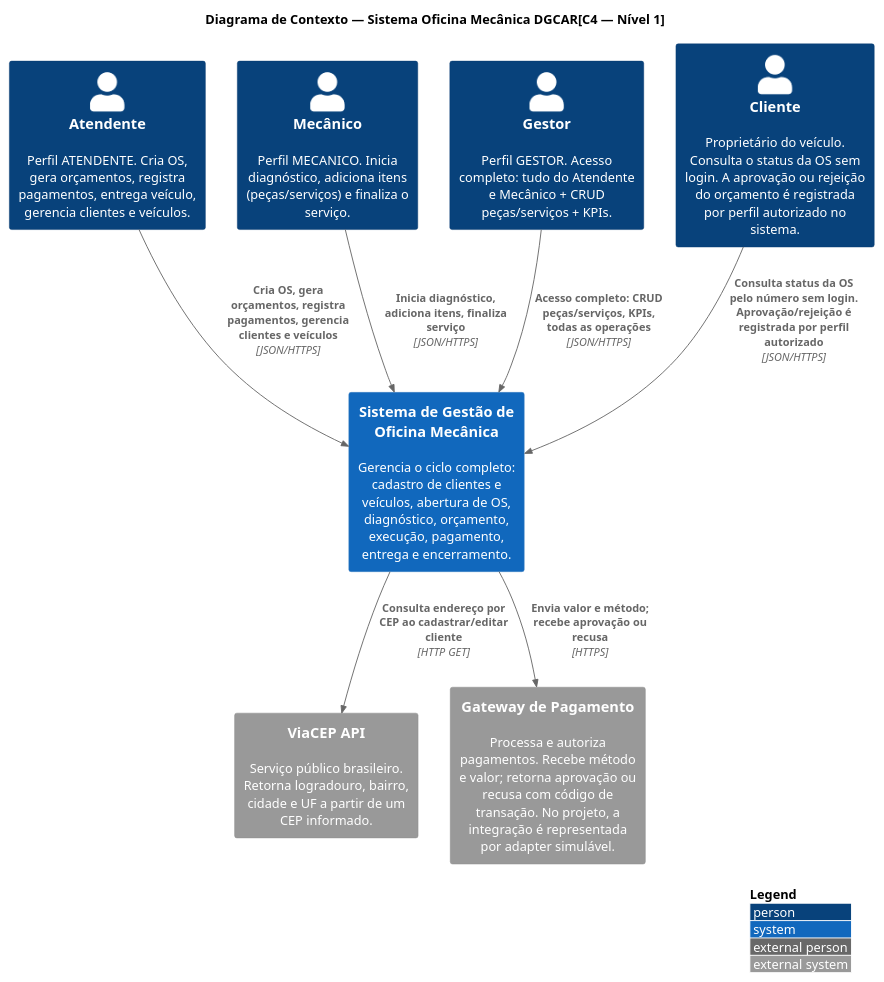
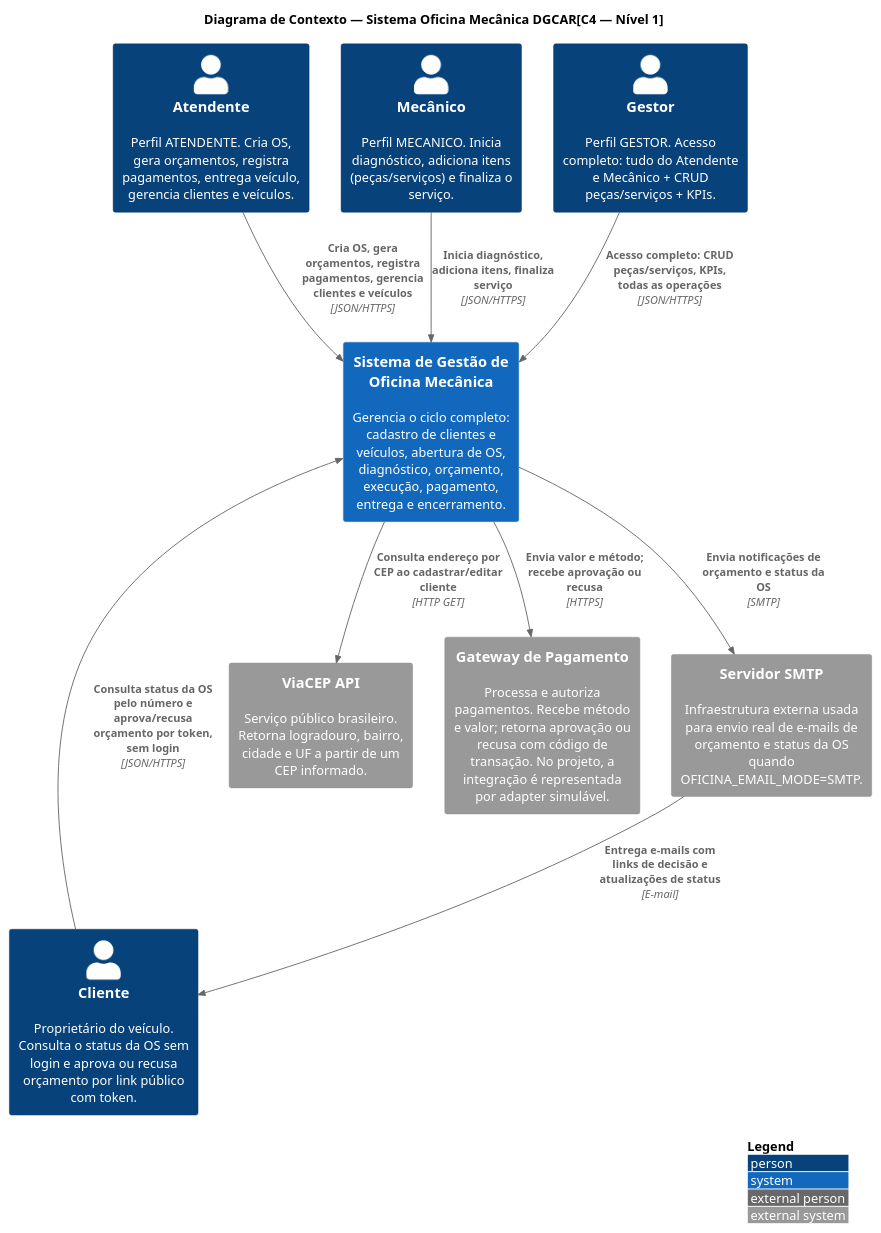
One commit to techdgconsulting/mvp-posfiap-oficina-mecanica changed the diagram in docs/diagramas/C4/1-diagram-context.puml. Above: the diagram before and after it, drawn with PlantUML. The commit also changed 35 other files, not shown here.

```diff
--- a/docs/diagramas/C4/1-diagram-context.puml
+++ b/docs/diagramas/C4/1-diagram-context.puml
@@ -1,37 +1,40 @@
 @startuml C4_Context_OficinaMecanica
 !include <C4/C4_Context>
 
 LAYOUT_TOP_DOWN()
 LAYOUT_WITH_LEGEND()
 
 title Diagrama de Contexto — Sistema Oficina Mecânica DGCAR[C4 — Nível 1]
 
 ' ─── OBJETIVOS ────────────────────────────────────────────────────────
 'Visão ampla do sistema evidenciando a conexeção com sistemas externos.
 
 ' ─── USO ──────────────────────────────────────────────────────────────
 'Ideal para gestores e stackholders que precisam de uma visão geral, sem entrar em detalhes técnicos.
 
 
 ' ─── PESSOAS ──────────────────────────────────────────────────────────────────
 Person(atendente, "Atendente", "Perfil ATENDENTE. Cria OS, gera orçamentos, registra pagamentos, entrega veículo, gerencia clientes e veículos.")
 Person(mecanico, "Mecânico", "Perfil MECANICO. Inicia diagnóstico, adiciona itens (peças/serviços) e finaliza o serviço.")
 Person(gestor, "Gestor", "Perfil GESTOR. Acesso completo: tudo do Atendente e Mecânico + CRUD peças/serviços + KPIs.")
-Person(cliente, "Cliente", "Proprietário do veículo. Consulta o status da OS sem login. A aprovação ou rejeição do orçamento é registrada por perfil autorizado no sistema.")
+Person(cliente, "Cliente", "Proprietário do veículo. Consulta o status da OS sem login e aprova ou recusa orçamento por link público com token.")
 
 ' ─── SISTEMA PRINCIPAL ────────────────────────────────────────────────────────
 System(oficina, "Sistema de Gestão de Oficina Mecânica", "Gerencia o ciclo completo: cadastro de clientes e veículos, abertura de OS, diagnóstico, orçamento, execução, pagamento, entrega e encerramento.")
 
 ' ─── SISTEMAS EXTERNOS ────────────────────────────────────────────────────────
 System_Ext(viacep, "ViaCEP API", "Serviço público brasileiro. Retorna logradouro, bairro, cidade e UF a partir de um CEP informado.")
 System_Ext(gateway, "Gateway de Pagamento", "Processa e autoriza pagamentos. Recebe método e valor; retorna aprovação ou recusa com código de transação. No projeto, a integração é representada por adapter simulável.")
+System_Ext(smtpServer, "Servidor SMTP", "Infraestrutura externa usada para envio real de e-mails de orçamento e status da OS quando OFICINA_EMAIL_MODE=SMTP.")
 
 ' ─── RELACIONAMENTOS ──────────────────────────────────────────────────────────
 Rel(atendente, oficina, "Cria OS, gera orçamentos, registra pagamentos, gerencia clientes e veículos", "JSON/HTTPS")
 Rel(mecanico, oficina, "Inicia diagnóstico, adiciona itens, finaliza serviço", "JSON/HTTPS")
 Rel(gestor, oficina, "Acesso completo: CRUD peças/serviços, KPIs, todas as operações", "JSON/HTTPS")
-Rel(cliente, oficina, "Consulta status da OS pelo número sem login. Aprovação/rejeição é registrada por perfil autorizado", "JSON/HTTPS")
+Rel(cliente, oficina, "Consulta status da OS pelo número e aprova/recusa orçamento por token, sem login", "JSON/HTTPS")
 Rel(oficina, viacep, "Consulta endereço por CEP ao cadastrar/editar cliente", "HTTP GET")
 Rel(oficina, gateway, "Envia valor e método; recebe aprovação ou recusa", "HTTPS")
+Rel(oficina, smtpServer, "Envia notificações de orçamento e status da OS", "SMTP")
+Rel(smtpServer, cliente, "Entrega e-mails com links de decisão e atualizações de status", "E-mail")
 
 @enduml
```
